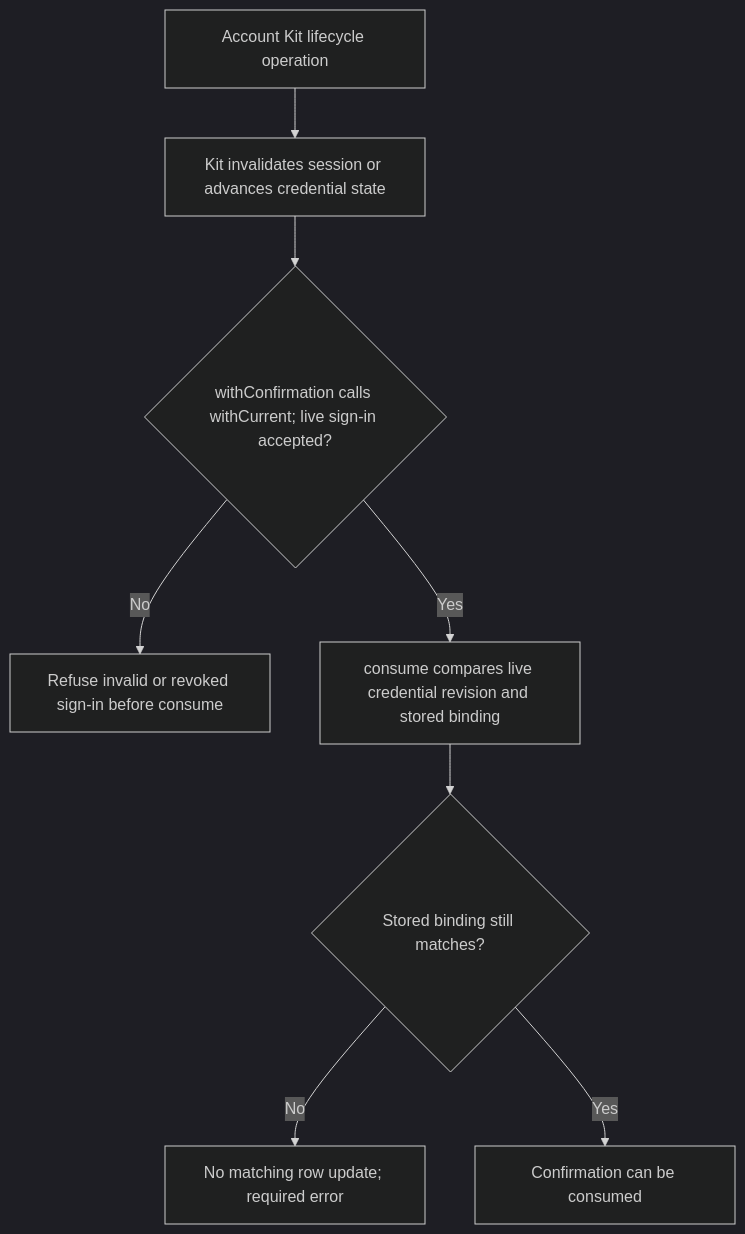
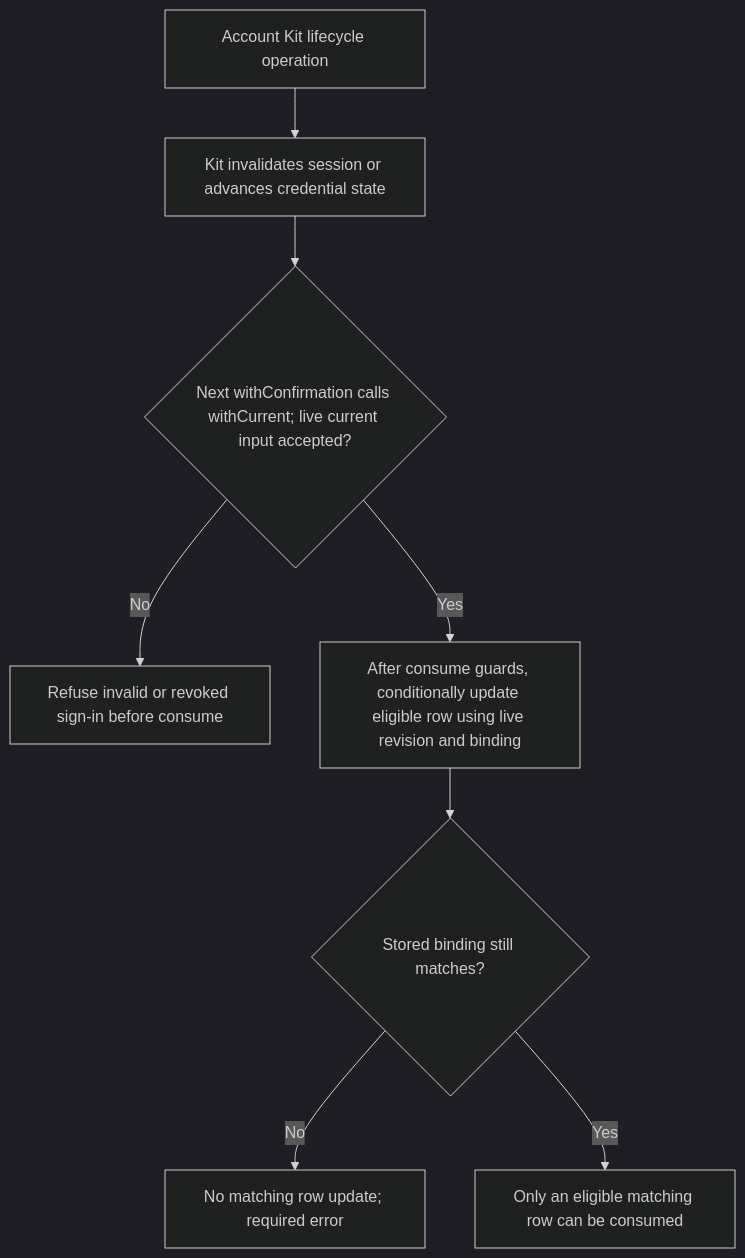
Before and after one commit to Kevinjohn/oss-adonisjs-confirm-action-with-password: the second of 2 diagrams in user-stories/US-CONFIRM-03-revoke-confirmations.md, drawn with Mermaid (dark theme). The commit also changed other lines of this file and 11 other files, not shown here.

````diff
--- a/user-stories/US-CONFIRM-03-revoke-confirmations.md
+++ b/user-stories/US-CONFIRM-03-revoke-confirmations.md
@@ -34,10 +36,10 @@
 ```mermaid
 flowchart TD
     A["Account Kit lifecycle operation"] --> B["Kit invalidates session or advances credential state"]
-    B --> C{"withConfirmation calls withCurrent; live sign-in accepted?"}
+    B --> C{"Next withConfirmation calls withCurrent; live current input accepted?"}
     C -->|No| G["Refuse invalid or revoked sign-in before consume"]
-    C -->|Yes| H["consume compares live credential revision and stored binding"]
+    C -->|Yes| H["After consume guards, conditionally update eligible row using live revision and binding"]
     H --> D{"Stored binding still matches?"}
     D -->|No| E["No matching row update; required error"]
-    D -->|Yes| F["Confirmation can be consumed"]
+    D -->|Yes| F["Only an eligible matching row can be consumed"]
 ```
````
